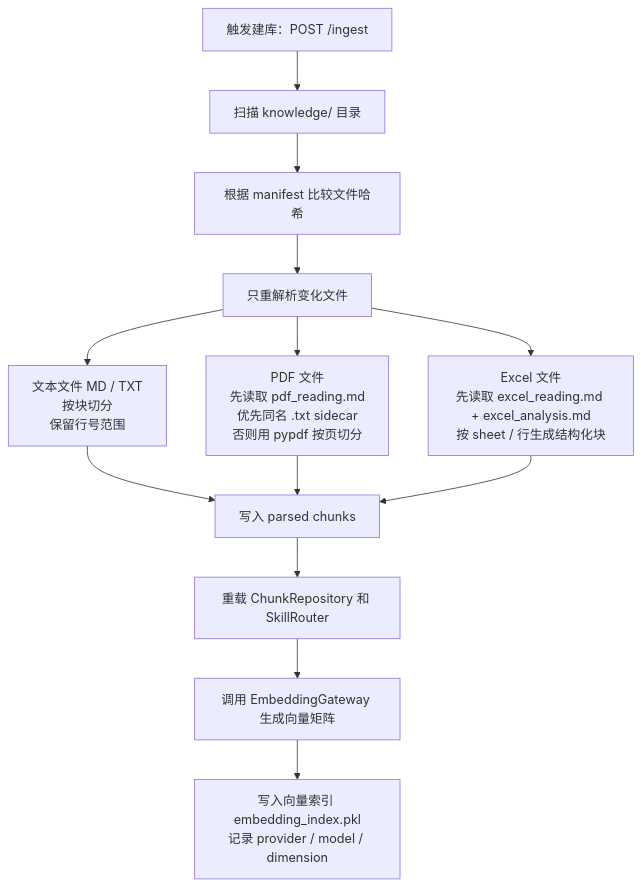
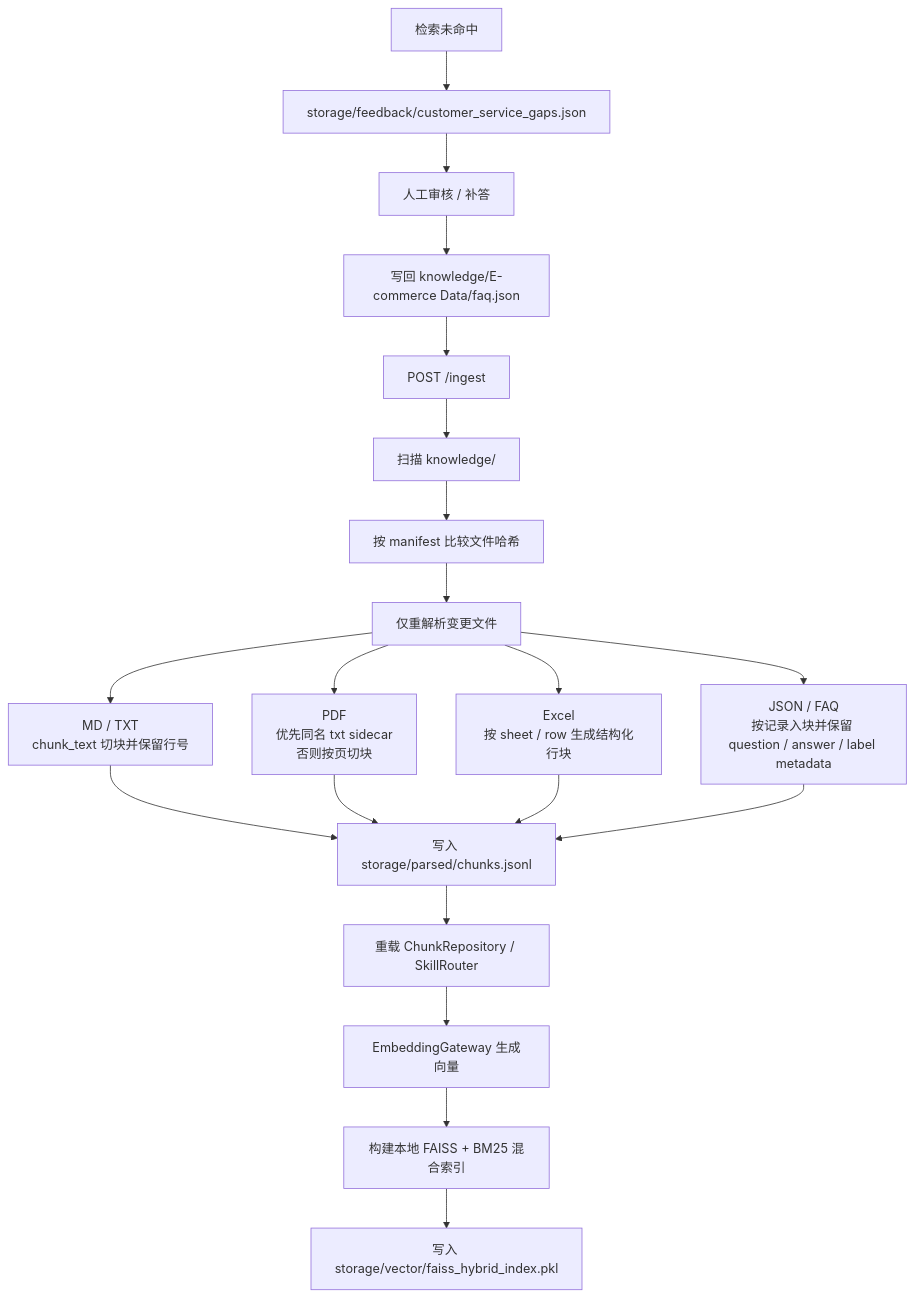
The third of 3 diagrams in README.md (lyxhnu/Skill-First-Hybrid-RAG), drawn with Mermaid before and after one commit. The commit also changed other lines of this file and 25 other files, not shown here.

````diff
--- a/README.md
+++ b/README.md
@@ -102,19 +159,26 @@
 ```mermaid
 flowchart TD
-    A["触发建库：POST /ingest"] --> B["扫描 knowledge/ 目录"]
-    B --> C["根据 manifest 比较文件哈希"]
-    C --> D["只重解析变化文件"]
+    A["POST /ingest"] --> B["扫描 knowledge/"]
+    B --> C["按 manifest 比较文件哈希"]
+    C --> D["仅重解析变更文件"]
 
-    D --> E["文本文件 MD / TXT<br/>按块切分<br/>保留行号范围"]
-    D --> F["PDF 文件<br/>先读取 pdf_reading.md<br/>优先同名 .txt sidecar<br/>否则用 pypdf 按页切分"]
-    D --> G["Excel 文件<br/>先读取 excel_reading.md + excel_analysis.md<br/>按 sheet / 行生成结构化块"]
+    D --> E["MD / TXT<br/>chunk_text 切块并保留行号"]
+    D --> F["PDF<br/>优先同名 txt sidecar<br/>否则按页切块"]
+    D --> G["Excel<br/>按 sheet / row 生成结构化行块"]
+    D --> H["JSON / FAQ<br/>按记录入块并保留 question / answer / label metadata"]
 
-    E --> H["写入 parsed chunks"]
-    F --> H
-    G --> H
+    E --> I["写入 storage/parsed/chunks.jsonl"]
+    F --> I
+    G --> I
+    H --> I
 
-    H --> I["重载 ChunkRepository 和 SkillRouter"]
-    I --> J["调用 EmbeddingGateway 生成向量矩阵"]
-    J --> K["写入向量索引 embedding_index.pkl<br/>记录 provider / model / dimension"]
+    I --> J["重载 ChunkRepository / SkillRouter"]
+    J --> K["EmbeddingGateway 生成向量"]
+    K --> L["构建本地 FAISS + BM25 混合索引"]
+    L --> M["写入 storage/vector/faiss_hybrid_index.pkl"]
 
+    N["检索未命中"] --> O["storage/feedback/customer_service_gaps.json"]
+    O --> P["人工审核 / 补答"]
+    P --> Q["写回 knowledge/E-commerce Data/faq.json"]
+    Q --> A
 ```
````
